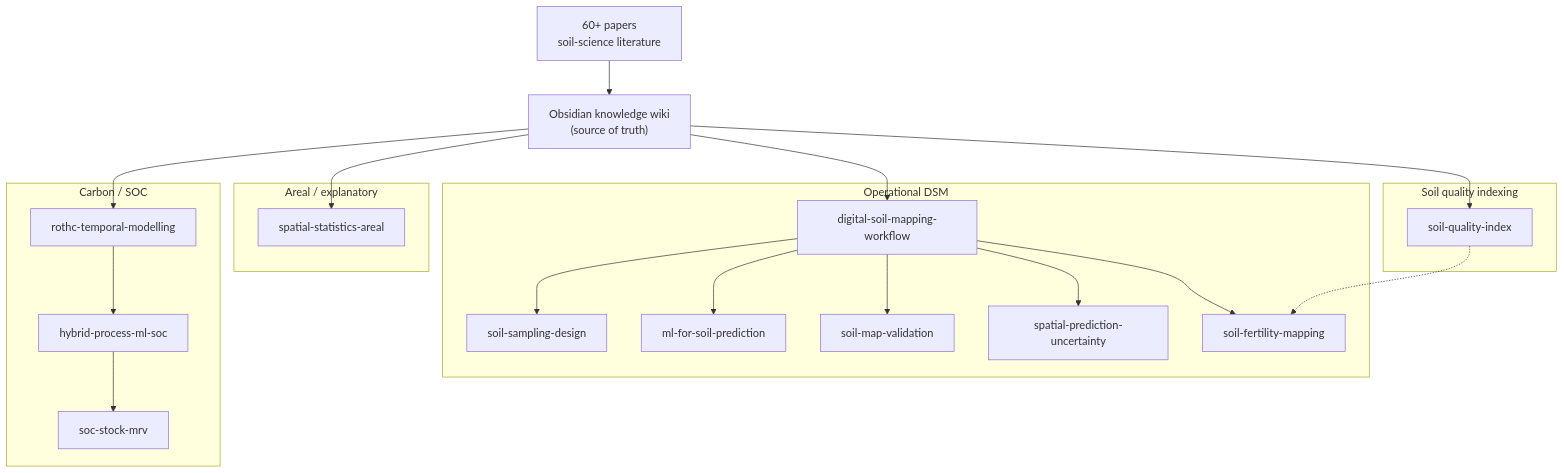
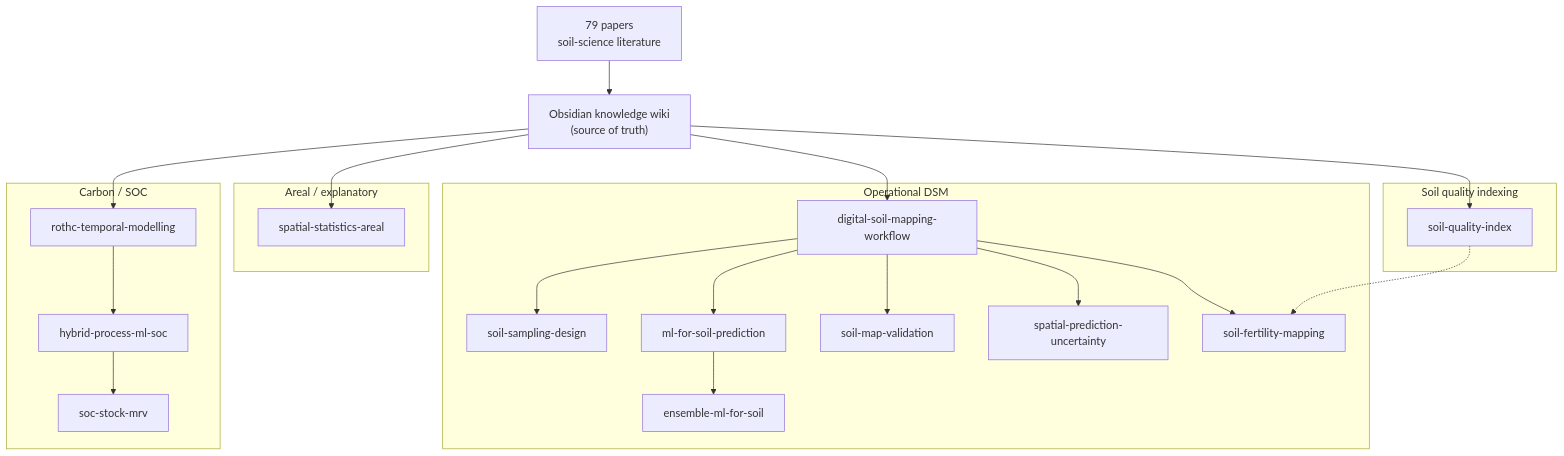
Before and after one commit to ccarbajal16/soil-dsm-skills: the diagram in README.md, drawn with Mermaid. The commit also changed other lines of this file and 8 other files, not shown here.

Commit message:
add ensemble-ml-for-soil, the twelfth skill (v0.6.0)

````diff
--- a/README.md
+++ b/README.md
@@ -41,30 +41,31 @@
 ```mermaid
 flowchart TD
-    LIT["60+ papers<br/>soil-science literature"] --> WIKI["Obsidian knowledge wiki<br/>(source of truth)"]
+    LIT["79 papers<br/>soil-science literature"] --> WIKI["Obsidian knowledge wiki<br/>(source of truth)"]
     WIKI --> DSM["digital-soil-mapping-workflow"]
 
     subgraph OP["Operational DSM"]
         DSM --> SAMP["soil-sampling-design"]
         DSM --> ML["ml-for-soil-prediction"]
+        ML --> ENS["ensemble-ml-for-soil"]
         DSM --> VAL["soil-map-validation"]
         DSM --> UNC["spatial-prediction-uncertainty"]
         DSM --> FERT["soil-fertility-mapping"]
     end
 
     subgraph CARB["Carbon / SOC"]
         ROTHC["rothc-temporal-modelling"] --> HYB["hybrid-process-ml-soc"] --> MRV["soc-stock-mrv"]
     end
 
     subgraph AREAL["Areal / explanatory"]
         AREA["spatial-statistics-areal"]
     end
 
     subgraph INDEX["Soil quality indexing"]
         SQI["soil-quality-index"]
     end
 
     WIKI --> ROTHC
     WIKI --> AREA
     WIKI --> SQI
     SQI -.-> FERT
 ```
````
